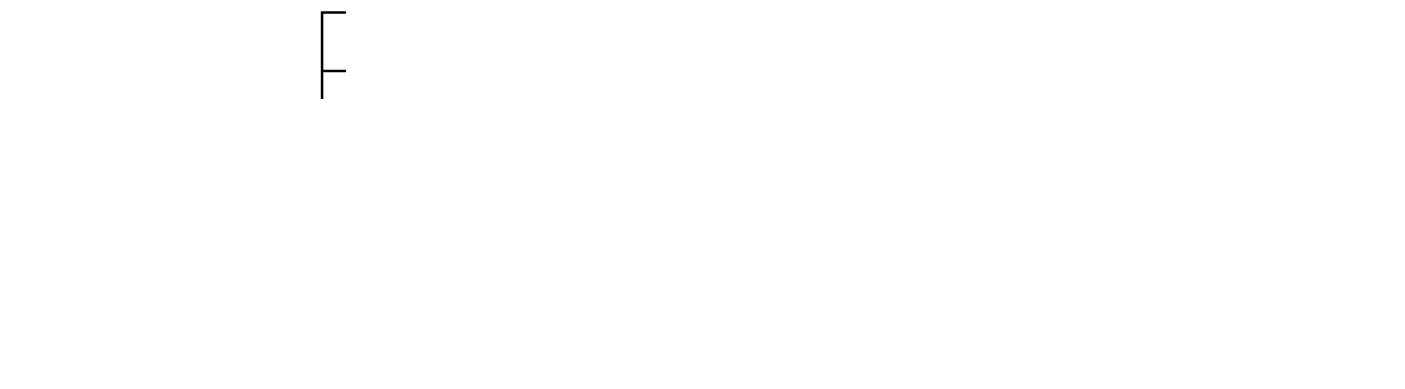
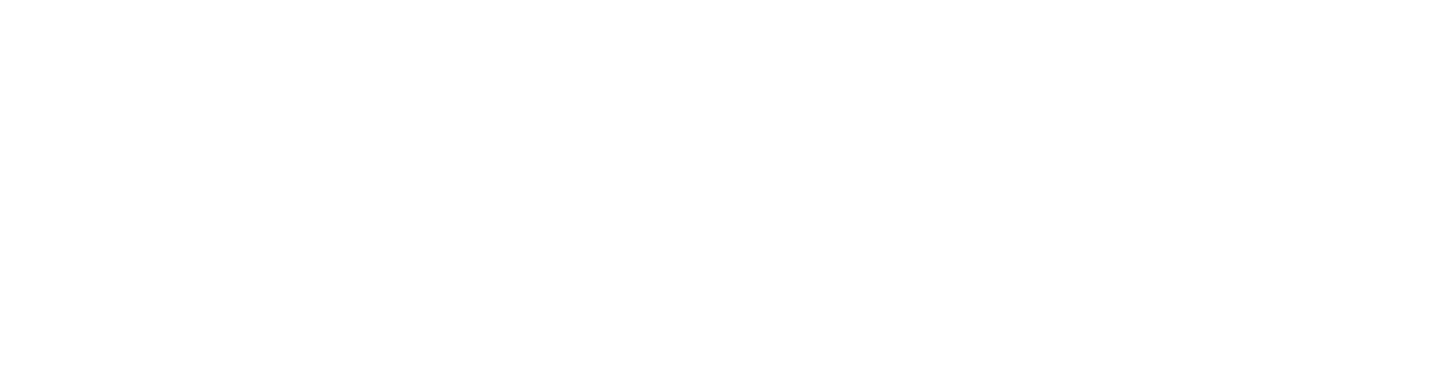
The diagram in doc/src/ressources/table_buffer.dot (gravitezero/VxWorks-Driver), drawn with Graphviz before and after one commit. The commit also changed 17 other files, not shown here.

Commit message:
conception graphique complète

```diff
--- a/doc/src/ressources/table_buffer.dot
+++ b/doc/src/ressources/table_buffer.dot
@@ -1,20 +1,20 @@
 digraph table_buffer {
 	
 	graph [
 		fontsize = 11.5;
 		dpi = 300;
 	]
 	
 	"table_buffer" [
 		label = "{table_buffer|{<buff0> 0| 1| 2| 3| 4| 5| 6| 7| 8| 9| 10| 11| 12| 13| 14}}"
 		shape = "record"
 	]
 
-	"capt_msg" [
-		label = "capt_msg|{unsigned ID;| timestamp date;| char msg[TAILLE_MAX]}"
+	"Message" [
+		label = "Message|{unsigned id;| struct timespec date;| char msg[MAX_DATA_SIZE];}"
 		shape = "record"
 	]
 	
-	table_buffer:buff0 -> capt_msg
+	table_buffer:buff0 -> Message
 
 }
```
